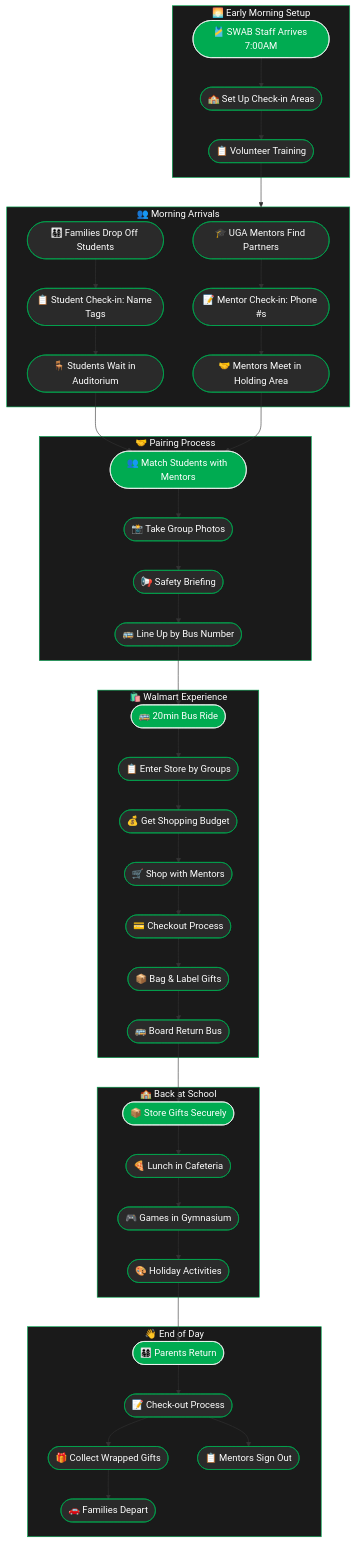
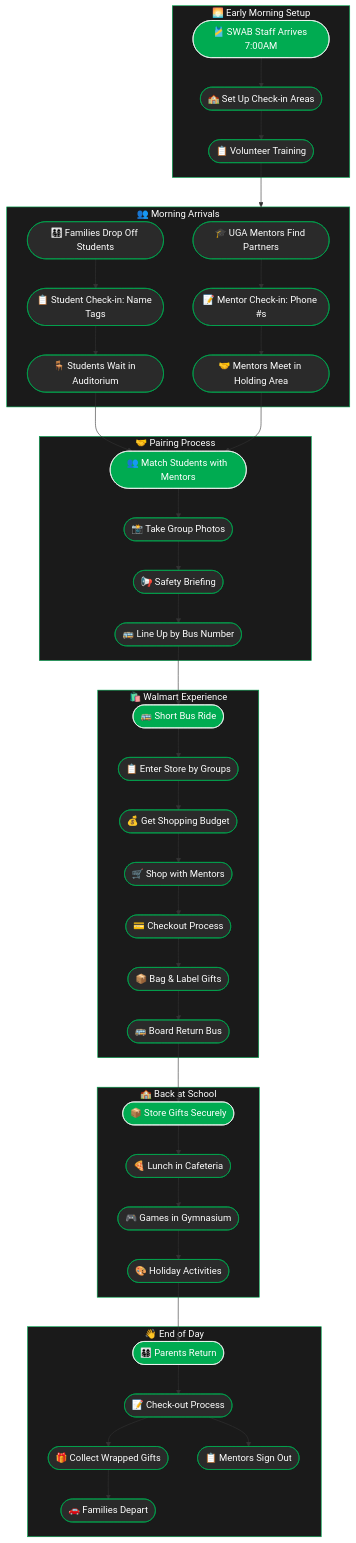
Before and after one commit to CSandler-Dev/MIST-G8-SWAB: the diagram in content/SWAB Context/2. Chronological Event Day Flow.md, drawn with Mermaid. The commit also changed other lines of this file and 7 other files, not shown here.

````diff
--- a/content/SWAB Context/2. Chronological Event Day Flow.md
+++ b/content/SWAB Context/2. Chronological Event Day Flow.md
@@ -9,78 +10,78 @@
 ```mermaid
 graph TD
     subgraph PreEvent["🌅 Early Morning Setup"]
         S1(["🎽 SWAB Staff Arrives 7:00AM"])
         S2(["🏫 Set Up Check-in Areas"])
         S3(["📋 Volunteer Training"])
         S1 --> S2 --> S3
     end
 
     subgraph Arrival["👥 Morning Arrivals"]
         A1(["🎓 UGA Mentors Find Partners"])
         A2(["👨‍👩‍👧‍👦 Families Drop Off Students"])
         A3(["📝 Mentor Check-in: Phone #s"])
         A4(["📋 Student Check-in: Name Tags"])
         A5(["🪑 Students Wait in Auditorium"])
         A6(["🤝 Mentors Meet in Holding Area"])
         
         A1 --> A3
         A2 --> A4
         A3 --> A6
         A4 --> A5
     end
 
     subgraph Matching["🤝 Pairing Process"]
         M1(["👥 Match Students with Mentors"])
         M2(["📸 Take Group Photos"])
         M3(["📢 Safety Briefing"])
         M4(["🚌 Line Up by Bus Number"])
         
         M1 --> M2 --> M3 --> M4
     end
 
     subgraph Shopping["🛍️ Walmart Experience"]
-        W1(["🚌 20min Bus Ride"])
+        W1(["🚌 Short Bus Ride"])
         W2(["📋 Enter Store by Groups"])
         W3(["💰 Get Shopping Budget"])
         W4(["🛒 Shop with Mentors"])
         W5(["💳 Checkout Process"])
         W6(["📦 Bag & Label Gifts"])
         W7(["🚌 Board Return Bus"])
         
         W1 --> W2 --> W3 --> W4
         W4 --> W5 --> W6 --> W7
     end
 
     subgraph Return["🏫 Back at School"]
         R1(["📦 Store Gifts Securely"])
         R2(["🍕 Lunch in Cafeteria"])
         R3(["🎮 Games in Gymnasium"])
         R4(["🎨 Holiday Activities"])
         
         R1 --> R2 --> R3 --> R4
     end
 
     subgraph Departure["👋 End of Day"]
         D1(["👨‍👩‍👧‍👦 Parents Return"])
         D2(["📝 Check-out Process"])
         D3(["🎁 Collect Wrapped Gifts"])
         D4(["🚗 Families Depart"])
         D5(["📋 Mentors Sign Out"])
         
         D1 --> D2 --> D3 --> D4
         D2 --> D5
     end
 
     S3 --> Arrival
     A5 & A6 --> M1
     M4 --> W1
     W7 --> R1
     R4 --> D1
 
     classDef default fill:#2a2a2a,stroke:#00ab51,color:white
     classDef transition fill:#00ab51,stroke:#ffffff,color:white
     classDef phase fill:#1a1a1a,stroke:#00ab51,color:white
 
     class PreEvent,Arrival,Matching,Shopping,Return,Departure phase
     class S1,M1,W1,R1,D1 transition
 ```
````
